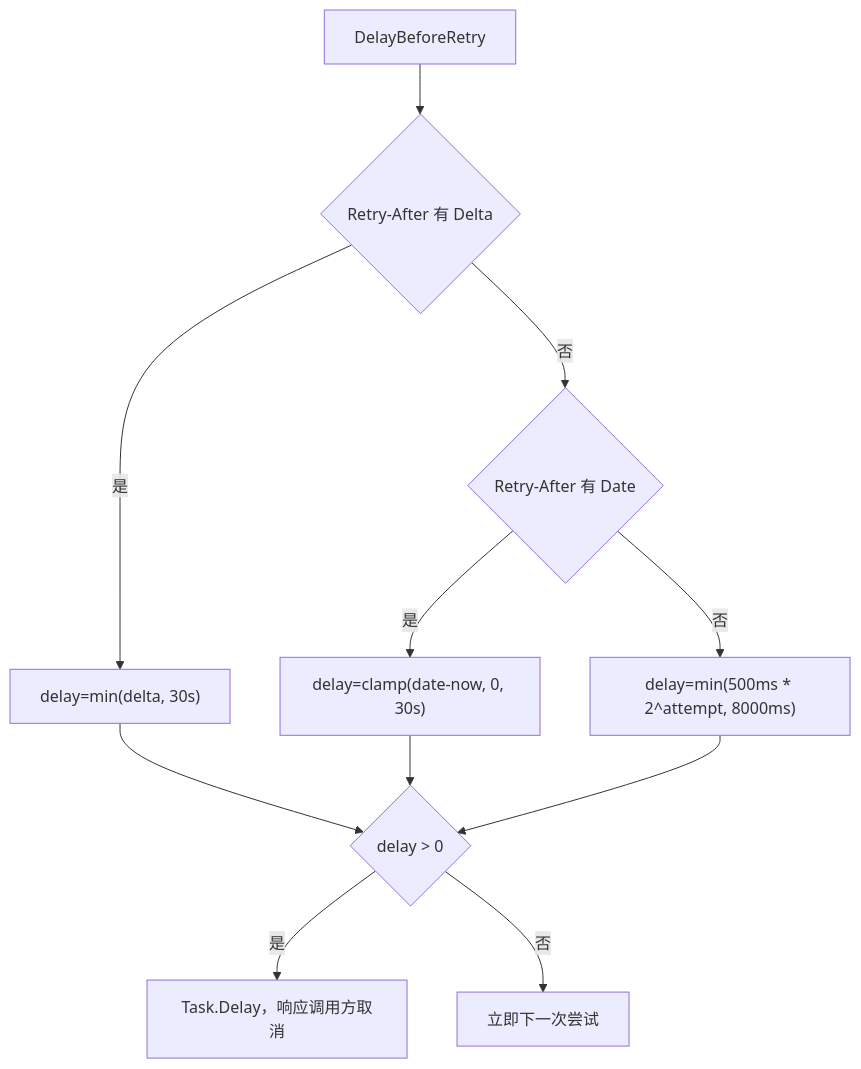
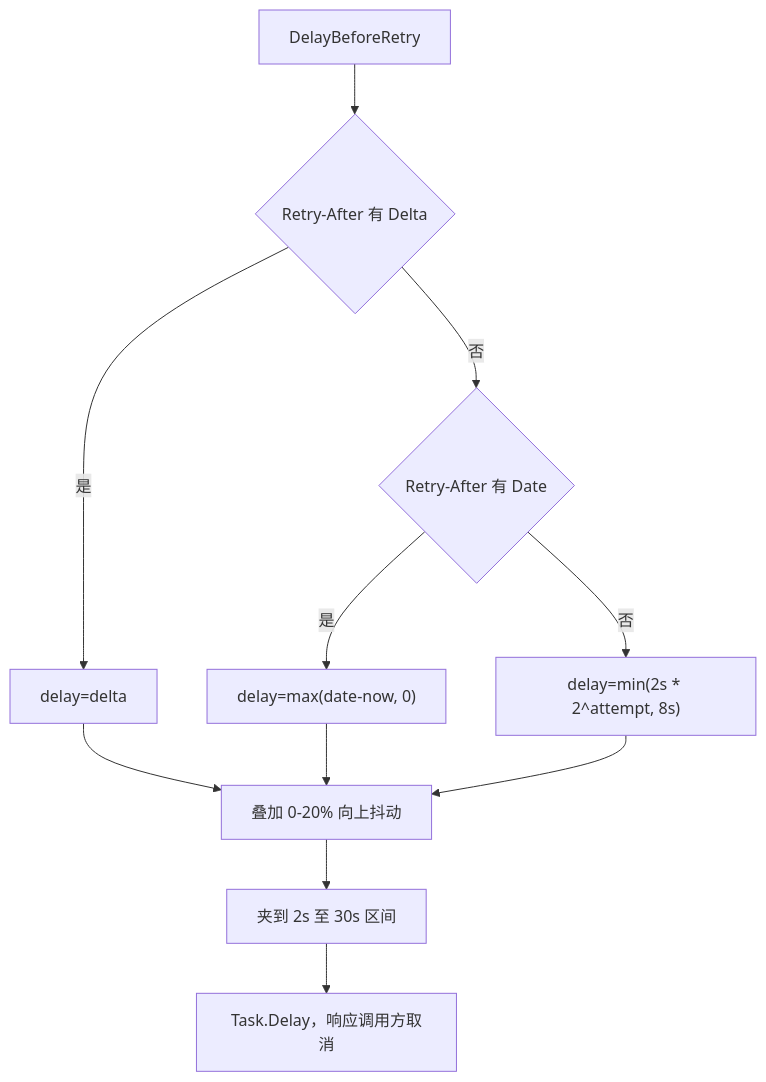
One commit to shL1481558059/OpenCodex changed the sixth of 8 diagrams in doc/proxy-conversion/08-special-flows/03-header-forwarding-and-upstream-request.md. Above: the diagram before and after it, drawn with Mermaid. The commit also changed other lines of this file and 8 other files, not shown here.

````diff
--- a/doc/proxy-conversion/08-special-flows/03-header-forwarding-and-upstream-request.md
+++ b/doc/proxy-conversion/08-special-flows/03-header-forwarding-and-upstream-request.md
@@ -430,13 +430,13 @@
 ```mermaid
 flowchart TD
     A["DelayBeforeRetry"] --> B{"Retry-After 有 Delta"}
-    B -->|"是"| C["delay=min(delta, 30s)"]
+    B -->|"是"| C["delay=delta"]
     B -->|"否"| D{"Retry-After 有 Date"}
-    D -->|"是"| E["delay=clamp(date-now, 0, 30s)"]
-    D -->|"否"| F["delay=min(500ms * 2^attempt, 8000ms)"]
-    C --> G{"delay > 0"}
+    D -->|"是"| E["delay=max(date-now, 0)"]
+    D -->|"否"| F["delay=min(2s * 2^attempt, 8s)"]
+    C --> G["叠加 0-20% 向上抖动"]
     E --> G
     F --> G
-    G -->|"是"| H["Task.Delay，响应调用方取消"]
-    G -->|"否"| I["立即下一次尝试"]
+    G --> H["夹到 2s 至 30s 区间"]
+    H --> I["Task.Delay，响应调用方取消"]
 ```
````
